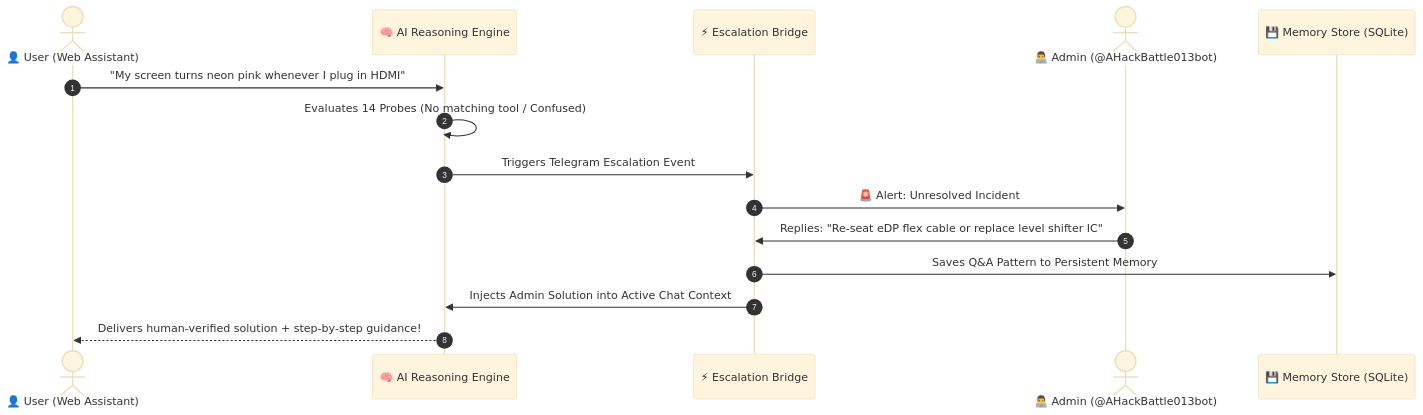
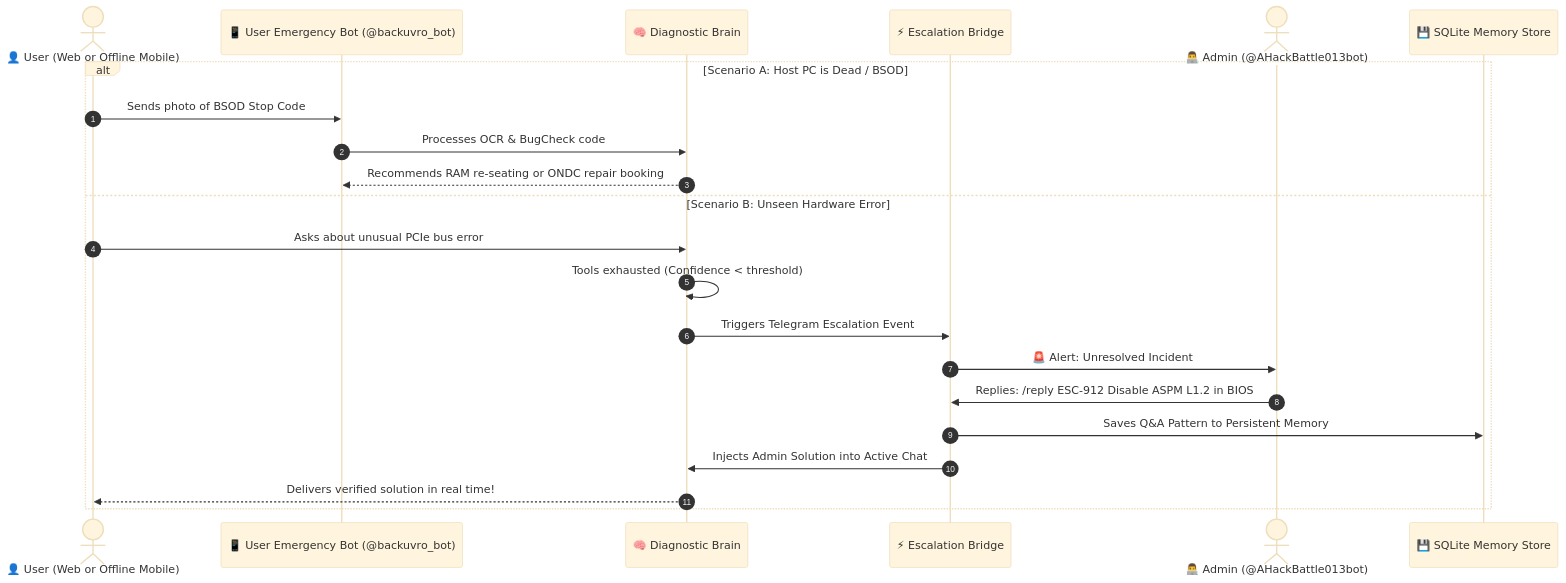
One commit to kolatidheeraj013/E-Scrap3R_AI changed the second of 2 diagrams in README.md. Above: the diagram before and after it, drawn with Mermaid (base theme). The commit also changed other lines of this file and 15 other files, not shown here.

````diff
--- a/README.md
+++ b/README.md
@@ -169,18 +241,25 @@
 ```mermaid
 sequenceDiagram
     autonumber
-    actor User as 👤 User (Web Assistant)
-    participant AI as 🧠 AI Reasoning Engine
+    actor User as 👤 User (Web or Offline Mobile)
+    participant UserBot as 📱 User Emergency Bot (@backuvro_bot)
+    participant AI as 🧠 Diagnostic Brain
     participant Esc as ⚡ Escalation Bridge
     actor Admin as 👨‍💻 Admin (@AHackBattle013bot)
-    participant Store as 💾 Memory Store (SQLite)
+    participant Store as 💾 SQLite Memory Store
 
-    User->>AI: "My screen turns neon pink whenever I plug in HDMI"
-    AI->>AI: Evaluates 14 Probes (No matching tool / Confused)
-    AI->>Esc: Triggers Telegram Escalation Event
-    Esc->>Admin: 🚨 Alert: Unresolved Incident #ESC-912: Neon Pink HDMI Artifact
-    Admin->>Esc: Replies: "Re-seat eDP flex cable or replace level shifter IC"
-    Esc->>Store: Saves Q&A Pattern to Persistent Memory
-    Esc->>AI: Injects Admin Solution into Active Chat Context
-    AI-->>User: Delivers human-verified solution + step-by-step guidance!
+    alt Scenario A: Host PC is Dead / BSOD
+        User->>UserBot: Sends photo of BSOD Stop Code
+        UserBot->>AI: Processes OCR & BugCheck code
+        AI-->>UserBot: Recommends RAM re-seating or ONDC repair booking
+    else Scenario B: Unseen Hardware Error
+        User->>AI: Asks about unusual PCIe bus error
+        AI->>AI: Tools exhausted (Confidence < threshold)
+        AI->>Esc: Triggers Telegram Escalation Event
+        Esc->>Admin: 🚨 Alert: Unresolved Incident #ESC-912
+        Admin->>Esc: Replies: /reply ESC-912 Disable ASPM L1.2 in BIOS
+        Esc->>Store: Saves Q&A Pattern to Persistent Memory
+        Esc->>AI: Injects Admin Solution into Active Chat
+        AI-->>User: Delivers verified solution in real time!
+    end
 ```
````
